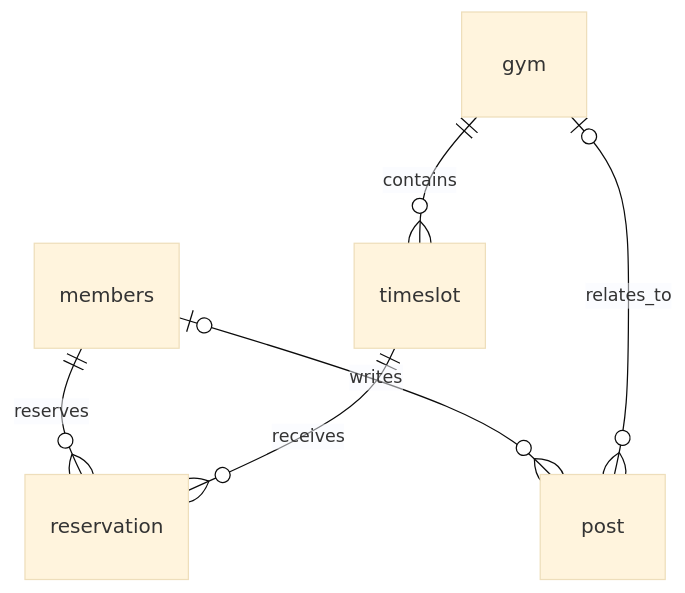
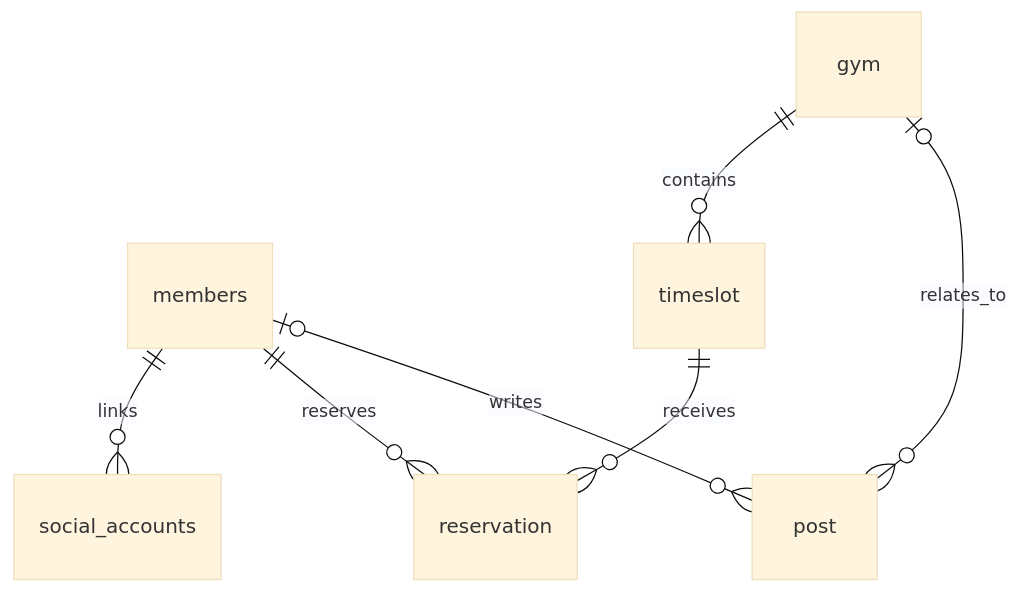
The diagram in 토이프로젝트_저장소/엔티티.md (icoo08217/climber_Hub), drawn with Mermaid (base theme) before and after one commit. The commit also changed other lines of this file and 31 other files, not shown here.

````diff
--- a/토이프로젝트_저장소/엔티티.md
+++ b/토이프로젝트_저장소/엔티티.md
@@ -138,8 +155,9 @@
 ```mermaid
 erDiagram
+    members ||--o{ social_accounts : links
     members ||--o{ reservation : reserves
     timeslot ||--o{ reservation : receives
     gym ||--o{ timeslot : contains
     members o|--o{ post : writes
     gym o|--o{ post : relates_to
 ```
````
